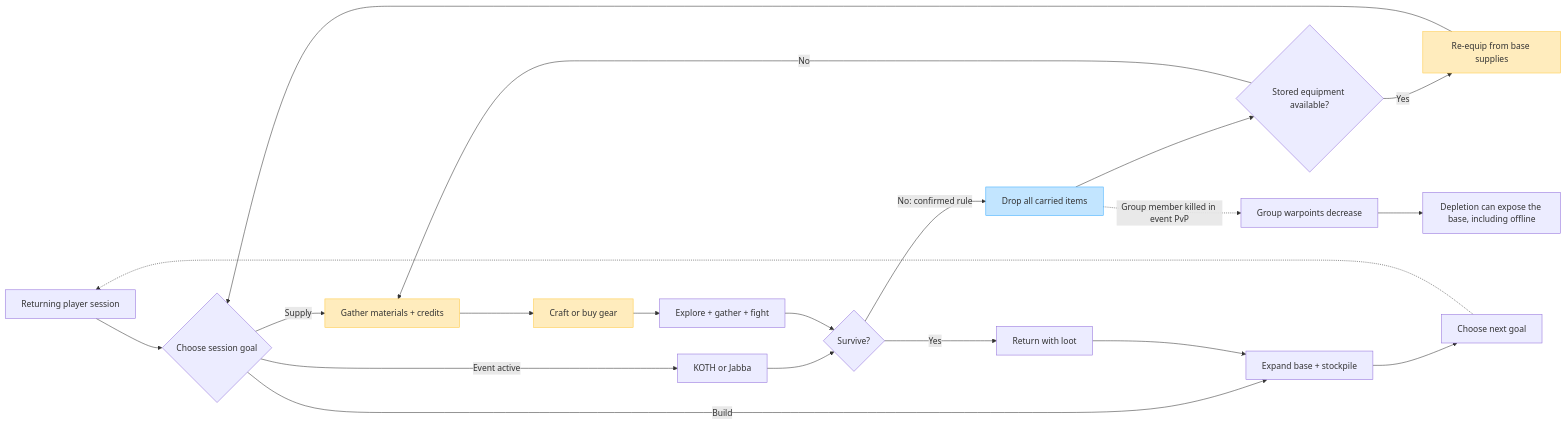
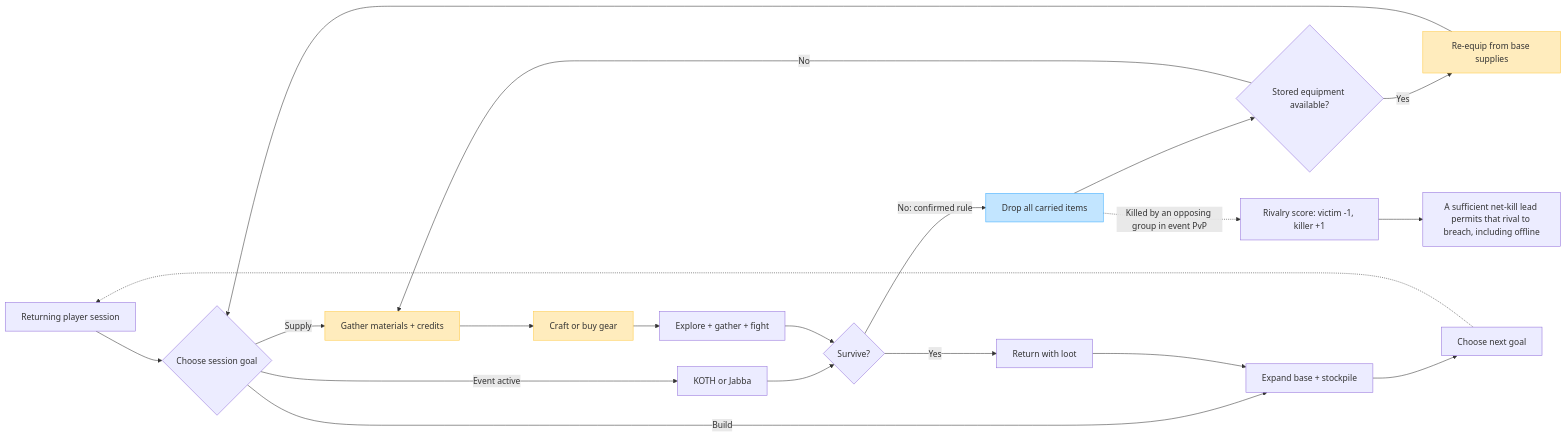
One commit to AstuteFlamez/MandoMC changed the diagram in planning/session-loop.mmd. Above: the diagram before and after it, drawn with Mermaid. The commit also changed 5 other files, not shown here.

Commit message:
Define pairwise warpoints and rival-specific explosive raiding

```diff
--- a/planning/session-loop.mmd
+++ b/planning/session-loop.mmd
@@ -1,24 +1,24 @@
 flowchart LR
   start["Returning player session"] --> goal{"Choose session goal"}
   goal -->|"Build"| build["Expand base + stockpile"]
   goal -->|"Supply"| gather["Gather materials + credits"]
   goal -->|"Event active"| event["KOTH or Jabba"]
   gather --> equip["Craft or buy gear"]
   equip --> expedition["Explore + gather + fight"]
   event --> outcome{"Survive?"}
   expedition --> outcome
   outcome -->|"Yes"| bank["Return with loot"]
   bank --> build
   outcome -->|"No: confirmed rule"| death["Drop all carried items"]
   death --> stockpile{"Stored equipment available?"}
   stockpile -->|"Yes"| recover["Re-equip from base supplies"]
   stockpile -->|"No"| gather
   recover --> goal
-  death -.->|"Group member killed in event PvP"| warpoints["Group warpoints decrease"]
-  warpoints --> vulnerable["Depletion can expose the base, including offline"]
+  death -.->|"Killed by an opposing group in event PvP"| warpoints["Rivalry score: victim -1, killer +1"]
+  warpoints --> vulnerable["A sufficient net-kill lead permits that rival to breach, including offline"]
   build --> next["Choose next goal"]
   next -.-> start
   style gather fill:#FFECBD,stroke:#FFC943
   style equip fill:#FFECBD,stroke:#FFC943
   style recover fill:#FFECBD,stroke:#FFC943
   style death fill:#C2E5FF,stroke:#3DADFF
```
